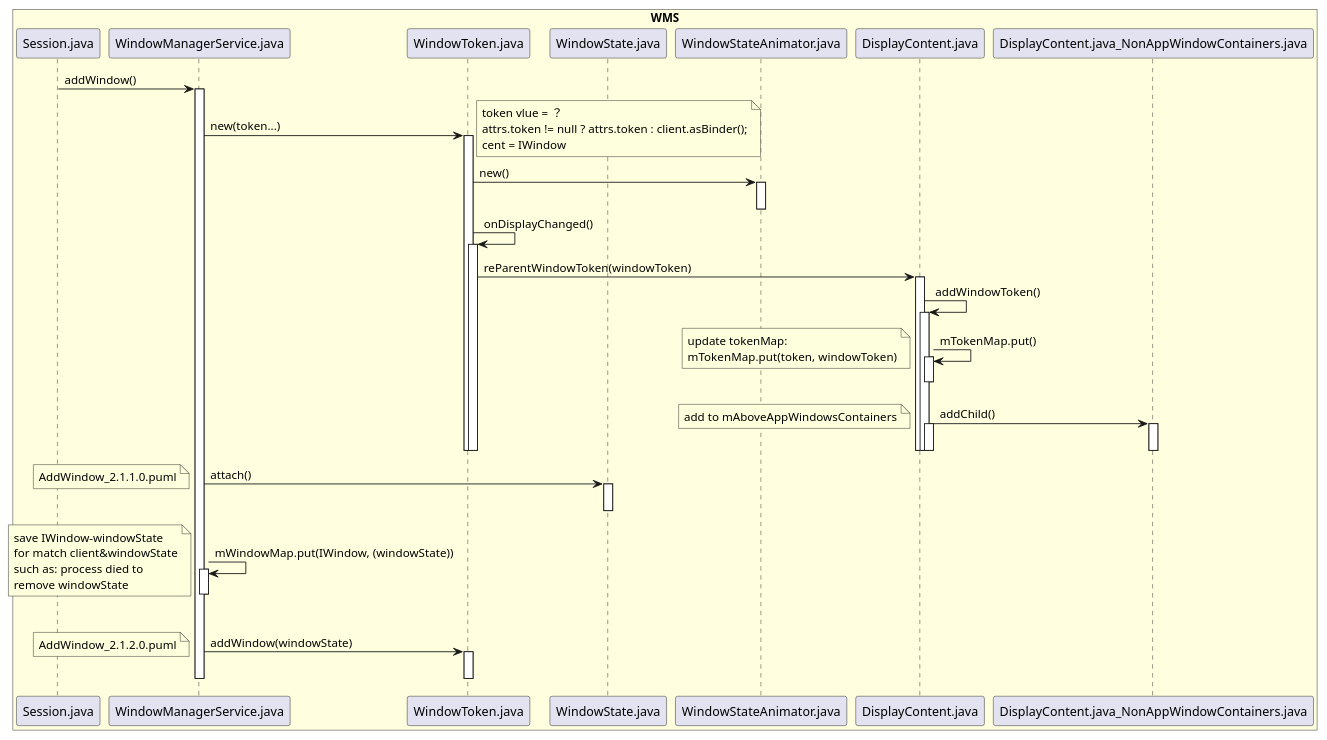
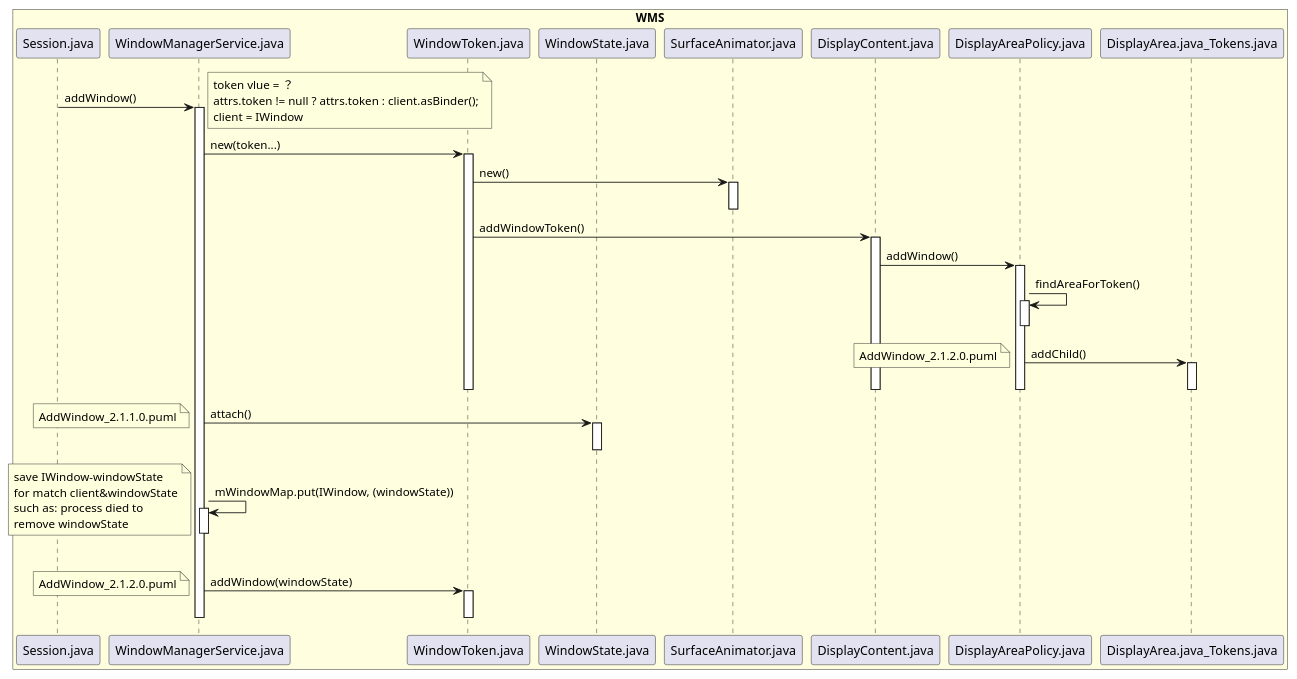
Before and after one commit to javalive09/UML: the diagram in android11/addwindow/AddWindow_2.1.0.0_systemdialog.puml, drawn with PlantUML. The commit also changed 83 other files, not shown here.

Commit message:
update uml

```diff
--- a/android11/addwindow/AddWindow_2.1.0.0_systemdialog.puml
+++ b/android11/addwindow/AddWindow_2.1.0.0_systemdialog.puml
@@ -1,76 +1,70 @@
 @startuml
 
 box "WMS" #LightYellow
 participant Session.java
 participant WindowManagerService.java
 participant WindowToken.java
 participant WindowState.java
-participant WindowStateAnimator.java
+participant SurfaceAnimator.java
 participant DisplayContent.java
-participant DisplayContent.java_NonAppWindowContainers.java
+participant DisplayAreaPolicy.java
+participant DisplayArea.java_Tokens.java
 end box
 
 Session.java -> WindowManagerService.java: addWindow()
 activate WindowManagerService.java
 
-WindowManagerService.java -> WindowToken.java: new(token...)
-activate WindowToken.java
 note right
 token vlue = ？
 attrs.token != null ? attrs.token : client.asBinder();
-cent = IWindow
+client = IWindow
+end note
+WindowManagerService.java -> WindowToken.java: new(token...)
+activate WindowToken.java
+
+WindowToken.java -> SurfaceAnimator.java: new()
+activate SurfaceAnimator.java
+deactivate SurfaceAnimator.java
+WindowToken.java -> DisplayContent.java: addWindowToken()
+activate DisplayContent.java
+DisplayContent.java -> DisplayAreaPolicy.java: addWindow()
+activate DisplayAreaPolicy.java
+DisplayAreaPolicy.java -> DisplayAreaPolicy.java: findAreaForToken()
+activate DisplayAreaPolicy.java
+deactivate DisplayAreaPolicy.java
+DisplayAreaPolicy.java -> DisplayArea.java_Tokens.java: addChild()
+activate DisplayArea.java_Tokens.java
+deactivate DisplayArea.java_Tokens.java
+deactivate DisplayAreaPolicy.java
+deactivate DisplayContent.java
+deactivate WindowToken.java
+note left
+AddWindow_2.1.2.0.puml
 end note
 
-WindowToken.java -> WindowStateAnimator.java: new()
-activate WindowStateAnimator.java
-deactivate WindowStateAnimator.java
-WindowToken.java -> WindowToken.java: onDisplayChanged()
-activate WindowToken.java
-WindowToken.java -> DisplayContent.java: reParentWindowToken(windowToken)
-activate DisplayContent.java
-DisplayContent.java -> DisplayContent.java: addWindowToken()
-activate DisplayContent.java
-DisplayContent.java -> DisplayContent.java: mTokenMap.put()
-activate DisplayContent.java
-deactivate DisplayContent.java
-note left
-update tokenMap:
-mTokenMap.put(token, windowToken)
-end note
-DisplayContent.java -> DisplayContent.java_NonAppWindowContainers.java: addChild()
-activate DisplayContent.java_NonAppWindowContainers.java
-deactivate DisplayContent.java_NonAppWindowContainers.java
-activate DisplayContent.java
-deactivate DisplayContent.java
-deactivate DisplayContent.java
-deactivate DisplayContent.java
-note left: add to mAboveAppWindowsContainers
 
-deactivate WindowToken.java
-deactivate WindowToken.java
-deactivate WindowState.java
 
 WindowManagerService.java -> WindowState.java: attach()
 activate WindowState.java
 deactivate WindowState.java
 note left:AddWindow_2.1.1.0.puml
 
 WindowManagerService.java -> WindowManagerService.java: mWindowMap.put(IWindow, (windowState))
 activate WindowManagerService.java
 deactivate WindowManagerService.java
 note left
 save IWindow-windowState
 for match client&windowState
 such as: process died to
 remove windowState
 end note
 
 WindowManagerService.java -> WindowToken.java: addWindow(windowState)
 activate WindowToken.java
 deactivate WindowToken.java
 deactivate WindowManagerService.java
 note left:AddWindow_2.1.2.0.puml
 
 
 
 @enduml
```
